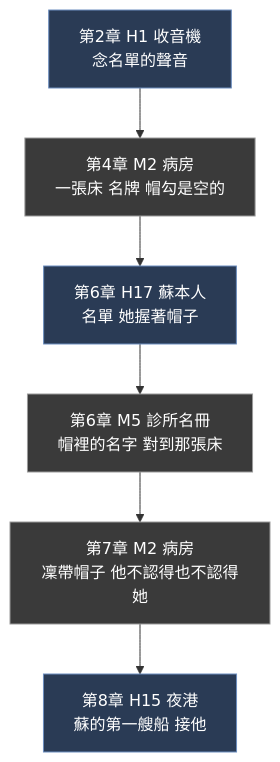
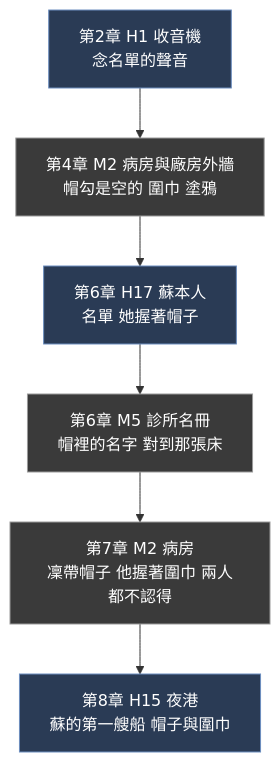
One commit to deadline314/Nest-Egg changed the fourth of 7 diagrams in design/13-story-v2/SIDEQUESTS.md. Above: the diagram before and after it, drawn with Mermaid. The commit also changed other lines of this file and 11 other files, not shown here.

````diff
--- a/design/13-story-v2/SIDEQUESTS.md
+++ b/design/13-story-v2/SIDEQUESTS.md
@@ -170,12 +183,12 @@
 ```mermaid
 flowchart TB
-  D1["第2章 H1 收音機<br/>念名單的聲音"] --> D2["第4章 M2 病房<br/>一張床 名牌 帽勾是空的"]
+  D1["第2章 H1 收音機<br/>念名單的聲音"] --> D2["第4章 M2 病房與廠房外牆<br/>帽勾是空的 圍巾 塗鴉"]
   D2 --> D3["第6章 H17 蘇本人<br/>名單 她握著帽子"]
   D3 --> D4["第6章 M5 診所名冊<br/>帽裡的名字 對到那張床"]
-  D4 --> D5["第7章 M2 病房<br/>凜帶帽子 他不認得也不認得她"]
-  D5 --> D6["第8章 H15 夜港<br/>蘇的第一艘船 接他"]
+  D4 --> D5["第7章 M2 病房<br/>凜帶帽子 他握著圍巾 兩人都不認得"]
+  D5 --> D6["第8章 H15 夜港<br/>蘇的第一艘船 帽子與圍巾"]
   classDef h fill:#2a3b55,stroke:#6c8ebf,color:#fff
   classDef m fill:#3a3a3a,stroke:#9a9a9a,color:#fff
   class D1,D3,D6 h
   class D2,D4,D5 m
 ```
````
